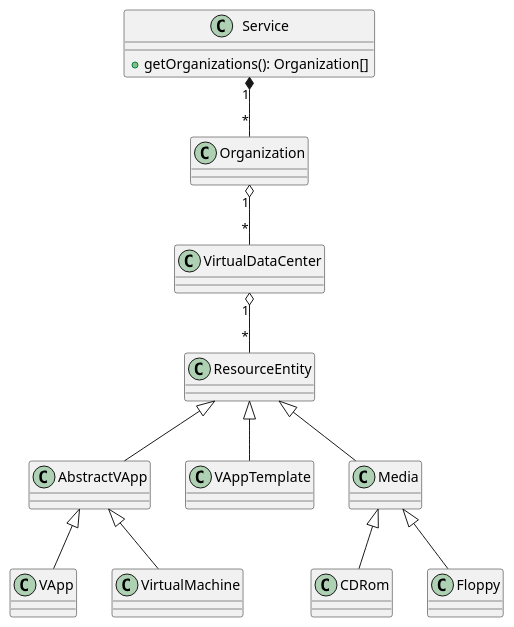
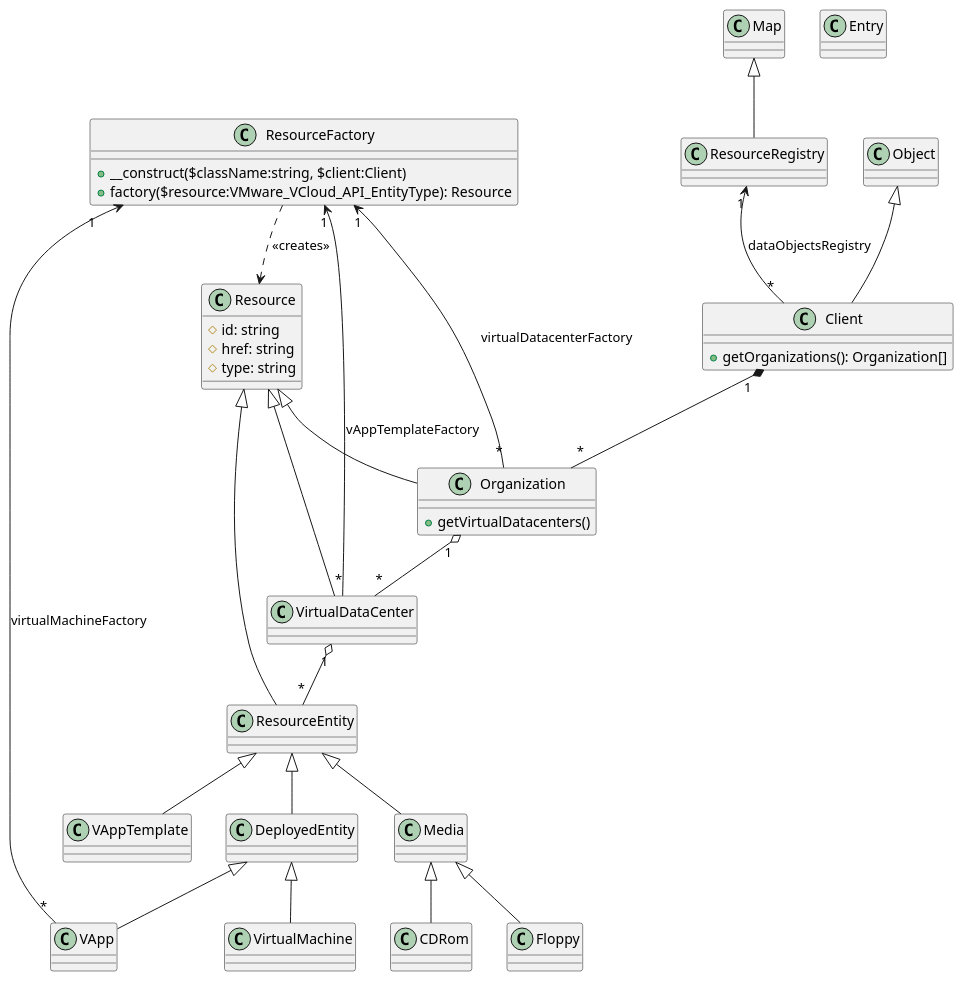
The diagram in docs/img/model.plantuml (amercier/vcloud-sdk-php), drawn with PlantUML before and after one commit. The commit also changed 1 other file, not shown here.

```diff
--- a/docs/img/model.plantuml
+++ b/docs/img/model.plantuml
@@ -1,25 +1,64 @@
 @startuml
 
-class Service {
+class Object {
+}
+
+class Map {
+}
+
+class Entry {
+}
+
+class Resource {
+  # id: string
+  # href: string
+  # type: string
+}
+
+class ResourceFactory {
+  +__construct($className:string, $client:Client)
+  +factory($resource:VMware_VCloud_API_EntityType): Resource
+}
+
+class ResourceRegistry {
+}
+
+class Client {
   +getOrganizations(): Organization[]
 }
 
 class Organization {
-
+  +getVirtualDatacenters()
 }
 
-Service "1" *-- "*" Organization
+Client "1" *-- "*" Organization
 Organization "1" o-- "*" VirtualDataCenter
 VirtualDataCenter "1" o-- "*" ResourceEntity
 
-ResourceEntity <|-- AbstractVApp
+Map <|-- ResourceRegistry
+
+Object <|-- Client
+
+ResourceRegistry "1" <-- "*" Client : dataObjectsRegistry
+
+ResourceFactory ..> Resource : <<creates>>
+
+Resource <|-- Organization
+Resource <|-- VirtualDataCenter
+Resource <|-- ResourceEntity
+
+ResourceEntity <|-- DeployedEntity
 ResourceEntity <|-- VAppTemplate
 ResourceEntity <|-- Media
 
 Media <|-- CDRom
 Media <|-- Floppy
 
-AbstractVApp <|-- VApp
-AbstractVApp <|-- VirtualMachine
+DeployedEntity <|-- VApp
+DeployedEntity <|-- VirtualMachine
+
+ResourceFactory "1" <-- "*" Organization : virtualDatacenterFactory
+ResourceFactory "1" <-- "*" VirtualDataCenter : vAppTemplateFactory
+ResourceFactory "1" <-- "*" VApp : virtualMachineFactory
 
 @enduml
```
